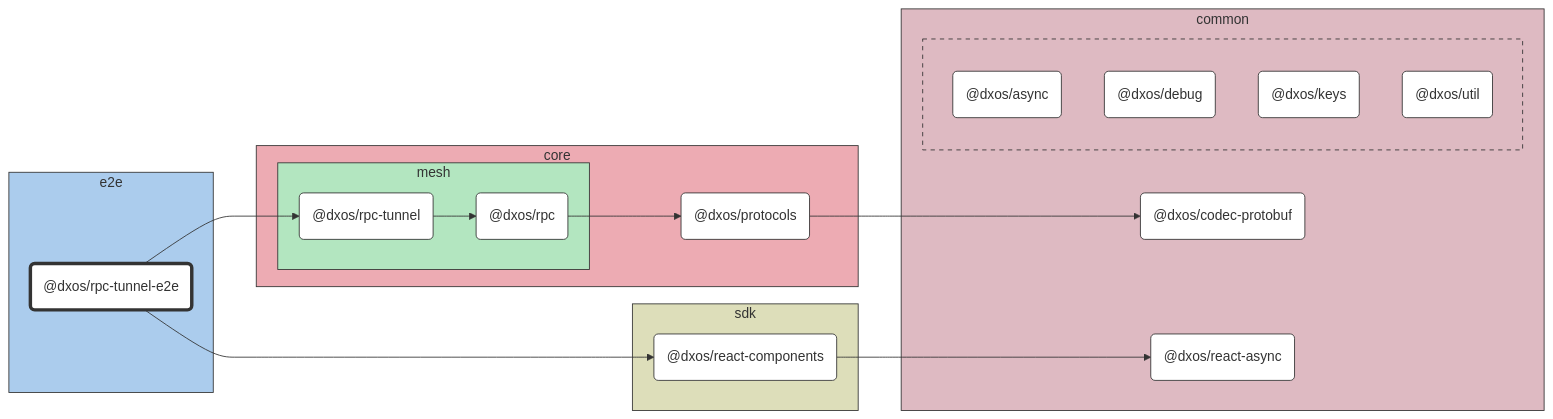
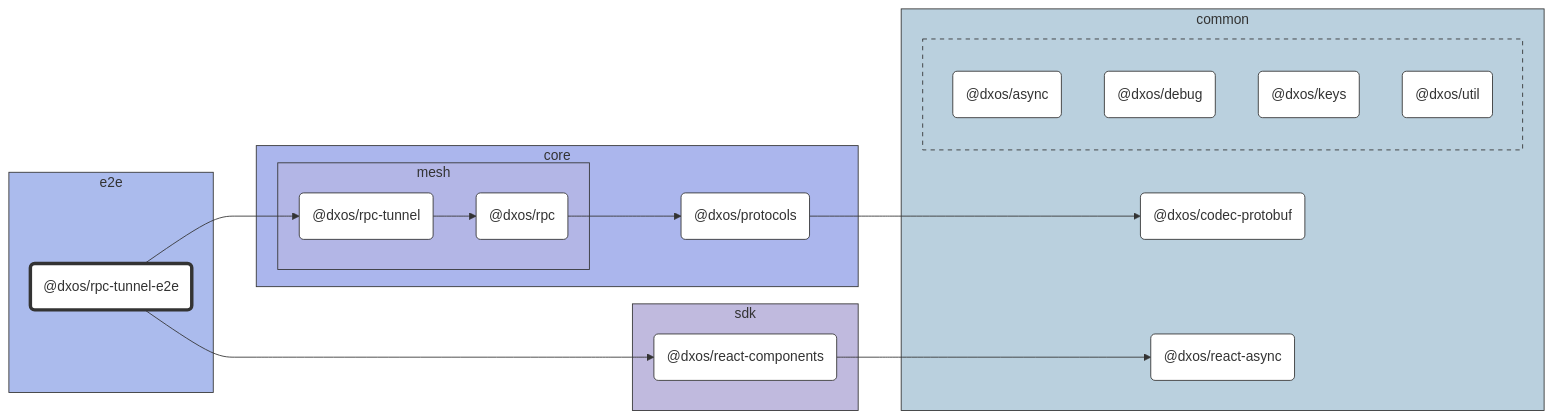
Before and after one commit to dxos/dxos: the diagram in packages/e2e/rpc-tunnel/docs/README.md, drawn with Mermaid. The commit also changed 86 other files, not shown here.

````diff
--- a/packages/e2e/rpc-tunnel/docs/README.md
+++ b/packages/e2e/rpc-tunnel/docs/README.md
@@ -7,66 +7,66 @@
 ```mermaid
 %%{ init: {'flowchart':{'curve':'basis'}} }%%
 
 flowchart LR
 
 %% Classes
 classDef def fill:#fff,stroke:#333,stroke-width:1px
 classDef root fill:#fff,stroke:#333,stroke-width:4px
 
 %% Nodes
 
 subgraph e2e [e2e]
-  style e2e fill:#abcced,stroke:#333
+  style e2e fill:#abbbed,stroke:#333
   dxos/rpc-tunnel-e2e("@dxos/rpc-tunnel-e2e"):::root
   click dxos/rpc-tunnel-e2e "dxos/dxos/tree/main/packages/e2e/rpc-tunnel/docs"
 end
 
 subgraph common [common]
-  style common fill:#debac2,stroke:#333
+  style common fill:#bad0de,stroke:#333
   dxos/codec-protobuf("@dxos/codec-protobuf"):::def
   click dxos/codec-protobuf "dxos/dxos/tree/main/packages/common/codec-protobuf/docs"
   dxos/react-async("@dxos/react-async"):::def
   click dxos/react-async "dxos/dxos/tree/main/packages/common/react-async/docs"
 
   subgraph _ [ ]
-    style _ fill:#debac2,stroke:#333,stroke-dasharray:5 5
+    style _ fill:#bad0de,stroke:#333,stroke-dasharray:5 5
     dxos/async("@dxos/async"):::def
     click dxos/async "dxos/dxos/tree/main/packages/common/async/docs"
     dxos/debug("@dxos/debug"):::def
     click dxos/debug "dxos/dxos/tree/main/packages/common/debug/docs"
     dxos/keys("@dxos/keys"):::def
     click dxos/keys "dxos/dxos/tree/main/packages/common/keys/docs"
     dxos/util("@dxos/util"):::def
     click dxos/util "dxos/dxos/tree/main/packages/common/util/docs"
   end
 end
 
 subgraph core [core]
-  style core fill:#edabb3,stroke:#333
+  style core fill:#abb6ed,stroke:#333
   dxos/protocols("@dxos/protocols"):::def
   click dxos/protocols "dxos/dxos/tree/main/packages/core/protocols/docs"
 
   subgraph mesh [mesh]
-    style mesh fill:#b3e6c0,stroke:#333
+    style mesh fill:#b3b6e6,stroke:#333
     dxos/rpc("@dxos/rpc"):::def
     click dxos/rpc "dxos/dxos/tree/main/packages/core/mesh/rpc/docs"
     dxos/rpc-tunnel("@dxos/rpc-tunnel"):::def
     click dxos/rpc-tunnel "dxos/dxos/tree/main/packages/core/mesh/rpc-tunnel/docs"
   end
 end
 
 subgraph sdk [sdk]
-  style sdk fill:#dddeba,stroke:#333
+  style sdk fill:#c0bade,stroke:#333
   dxos/react-components("@dxos/react-components"):::def
   click dxos/react-components "dxos/dxos/tree/main/packages/sdk/react-components/docs"
 end
 
 %% Links
 linkStyle default stroke:#333,stroke-width:1px
 dxos/protocols --> dxos/codec-protobuf
 dxos/rpc-tunnel-e2e --> dxos/react-components
 dxos/react-components --> dxos/react-async
 dxos/rpc --> dxos/protocols
 dxos/rpc-tunnel-e2e --> dxos/rpc-tunnel
 dxos/rpc-tunnel --> dxos/rpc
 ```
````
